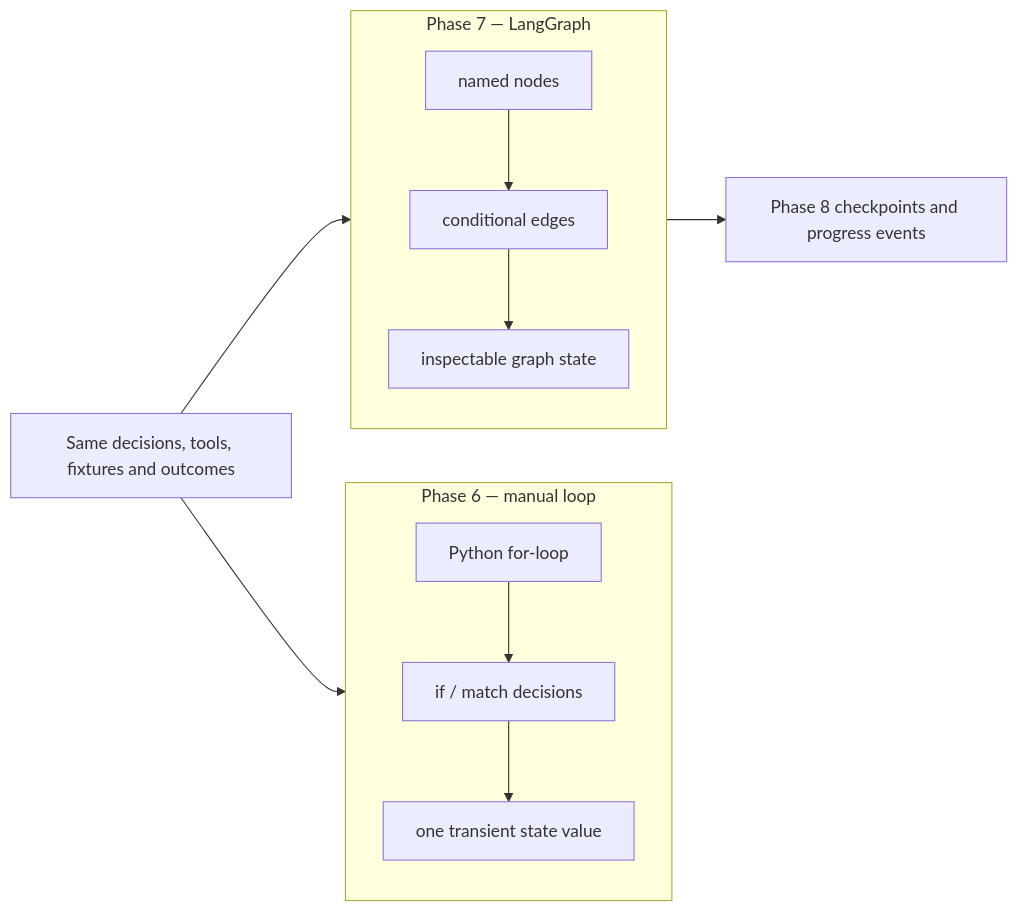
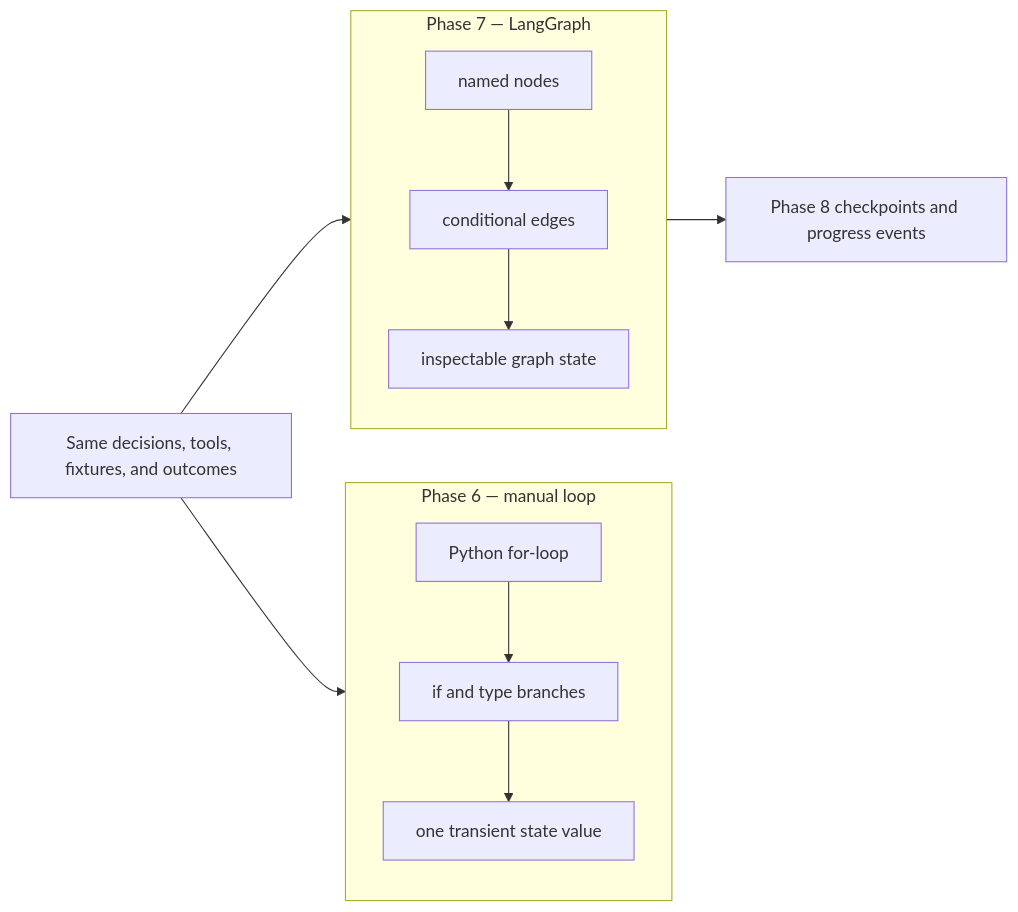
The eighth of 8 diagrams in docs/notes/phase-6.md (spolovynko/travelops-recovery-agent), drawn with Mermaid before and after one commit. The commit also changed other lines of this file and 25 other files, not shown here.

````diff
--- a/docs/notes/phase-6.md
+++ b/docs/notes/phase-6.md
@@ -207,14 +763,14 @@
 ```mermaid
 flowchart LR
     subgraph MANUAL["Phase 6 — manual loop"]
-        FOR["Python for-loop"] --> BRANCH["if / match decisions"]
+        FOR["Python for-loop"] --> BRANCH["if and type branches"]
         BRANCH --> MEMORY["one transient state value"]
     end
     subgraph GRAPH["Phase 7 — LangGraph"]
         NODES["named nodes"] --> EDGES["conditional edges"]
         EDGES --> GSTATE["inspectable graph state"]
     end
-    CONTRACTS["Same decisions, tools, fixtures and outcomes"] --> MANUAL
+    CONTRACTS["Same decisions, tools, fixtures, and outcomes"] --> MANUAL
     CONTRACTS --> GRAPH
     GRAPH --> FUTURE["Phase 8 checkpoints and progress events"]
 ```
````
